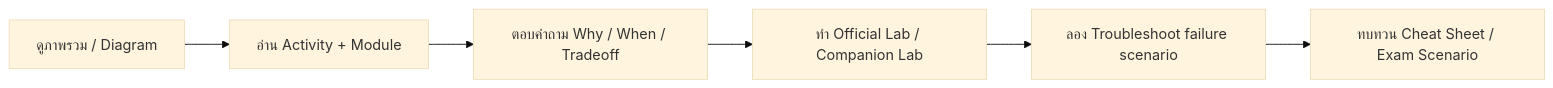
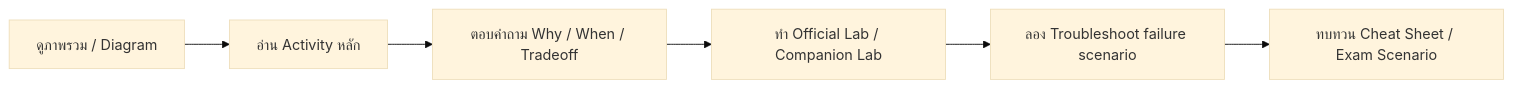
The diagram in GCP-ACE/README.md (somkid-s5/Personal-Knowledge-Base), drawn with Mermaid (base theme) before and after one commit. The commit also changed other lines of this file and 10 other files, not shown here.

````diff
--- a/GCP-ACE/README.md
+++ b/GCP-ACE/README.md
@@ -32,8 +38,8 @@
 ```mermaid
 flowchart LR
-    V[ดูภาพรวม / Diagram] --> C[อ่าน Activity + Module]
+    V[ดูภาพรวม / Diagram] --> C[อ่าน Activity หลัก]
     C --> Q[ตอบคำถาม Why / When / Tradeoff]
     Q --> L[ทำ Official Lab / Companion Lab]
     L --> T[ลอง Troubleshoot failure scenario]
     T --> R[ทบทวน Cheat Sheet / Exam Scenario]
 ```
````
